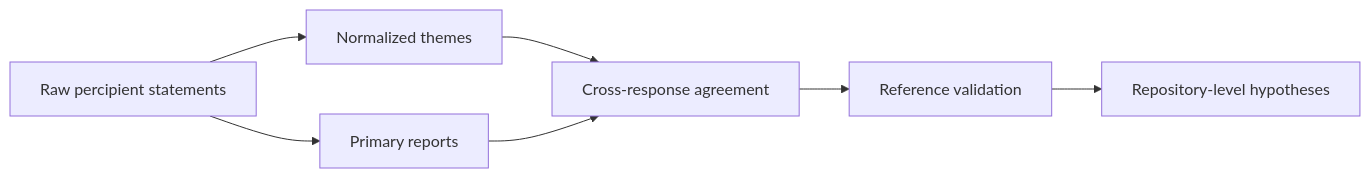
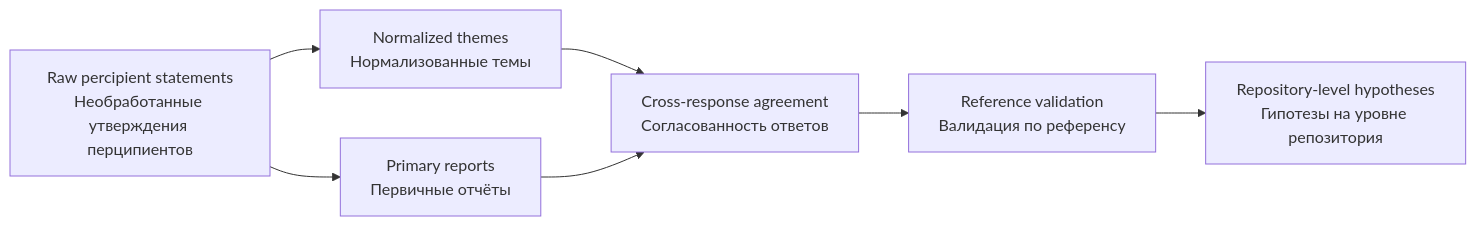
Before and after one commit to AdvancedScientificResearchProjects/UAP_Reverse_Engineering_Study: the third of 4 diagrams in README.md, drawn with Mermaid. The commit also changed other lines of this file and 2 other files, not shown here.

First line of the commit message:
docs: bilingual fixes, НЛО to НАЯ, mermaid translations, email corrections

````diff
--- a/README.md
+++ b/README.md
@@ -175,9 +175,9 @@
 ```mermaid
 flowchart LR
-    A[Raw percipient statements] --> B[Normalized themes]
-    B --> C[Cross-response agreement]
-    C --> D[Reference validation]
-    D --> E[Repository-level hypotheses]
-    A --> F[Primary reports]
+    A[Raw percipient statements<br/>Необработанные утверждения перципиентов] --> B[Normalized themes<br/>Нормализованные темы]
+    B --> C[Cross-response agreement<br/>Согласованность ответов]
+    C --> D[Reference validation<br/>Валидация по референсу]
+    D --> E[Repository-level hypotheses<br/>Гипотезы на уровне репозитория]
+    A --> F[Primary reports<br/>Первичные отчёты]
     F --> C
 ```
````
